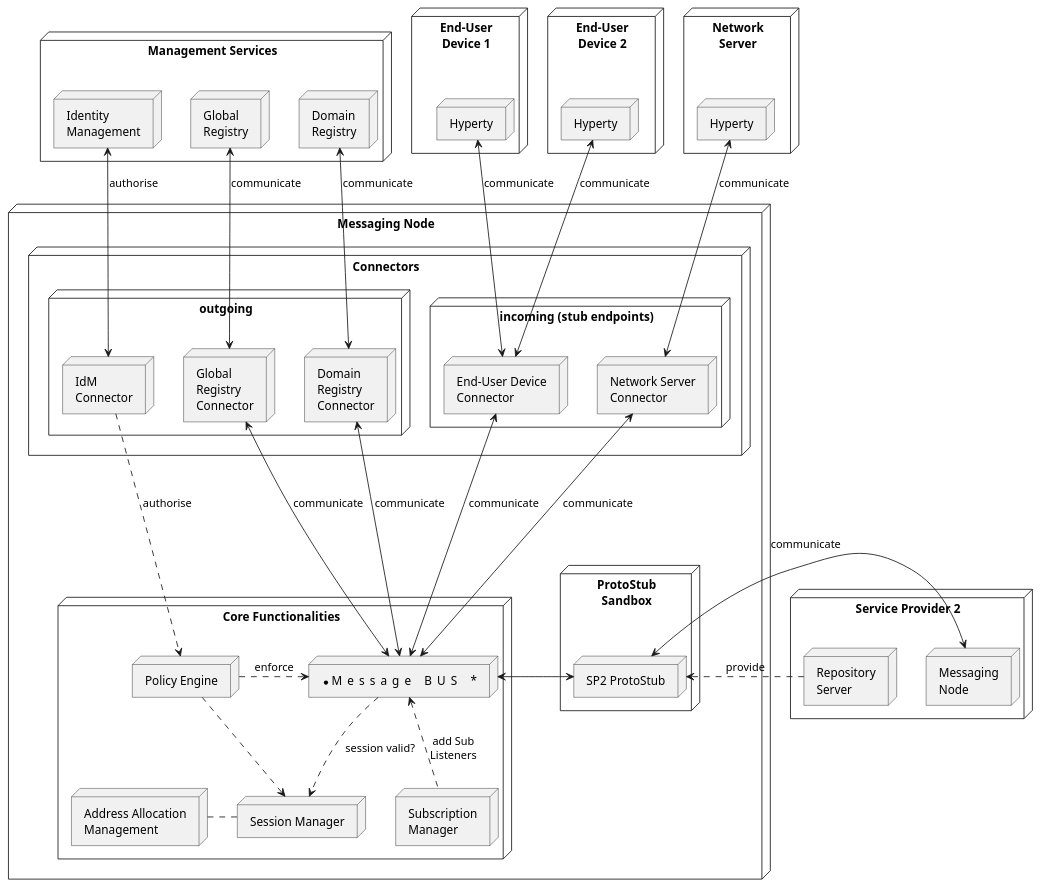
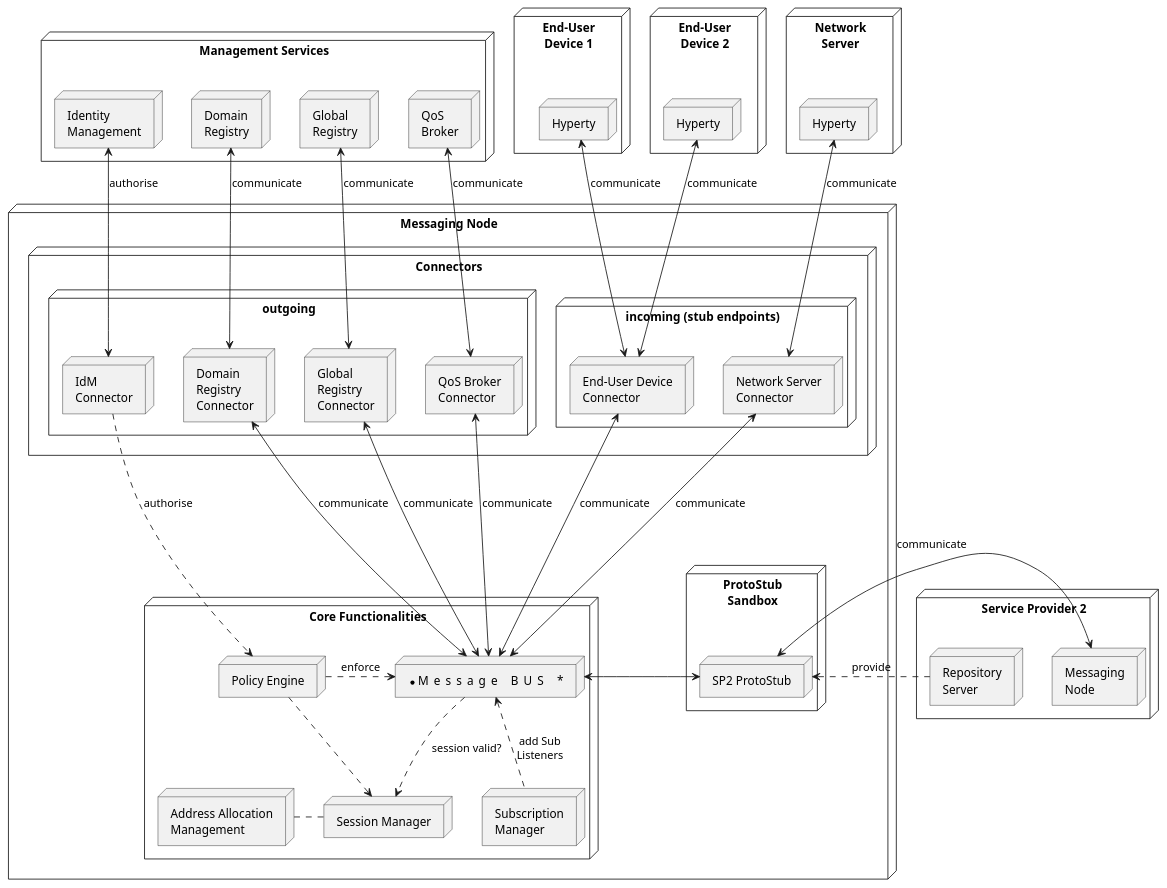
One commit to reTHINK-project/specs changed the diagram in messaging-framework/msg-node-arch.puml. Above: the diagram before and after it, drawn with PlantUML. The commit also changed 14 other files, not shown here.

Commit message:
updates for D3.5 messaging-framework - moved parts of tutorial section to msg-node functional description and design recommendations - added QoS Broker connector to the architecture diagram - updated Stub API section

```diff
--- a/messaging-framework/msg-node-arch.puml
+++ b/messaging-framework/msg-node-arch.puml
@@ -3,96 +3,100 @@
 @startuml "msg-node-architecture.png"
 
 
 node "Management Services" as Man1 {
 	node "Global\nRegistry" as GReg
 	node "Domain\nRegistry" as DomReg
 	node "Identity\nManagement" as IdM1
+	node "QoS\nBroker" as QoS
 }
 
 node "Service Provider 2" as SP2 {
 	node "Messaging\nNode" as Msg2
 	node "Repository\nServer" as Repo2
 }
 
 node "End-User\nDevice 1" as User1 {
 	node "Hyperty" as H1
 }
 
 node "End-User\nDevice 2" as User2 {
 	node "Hyperty" as H2
 }
 
 node "Network\nServer" as Net {
 	node "Hyperty" as H3
 }
 
 node "Messaging Node" as msg {
 
 
  node "ProtoStub\nSandbox" as Proto1Sand {
 
 	 node "SP2 ProtoStub" as Proto1
  }
 
 node "Connectors" as Conn {
 	node "outgoing" as ConnOut {
 		node "IdM\nConnector" as ConnIdM
 		node "Global\nRegistry\nConnector" as ConnGReg
 		node "Domain\nRegistry\nConnector" as ConnDomReg
+		node "QoS Broker\nConnector" as ConnQoS
 	}
 	node "incoming (stub endpoints)" as ConnIn {
 		node "End-User Device\nConnector" as ConnUser
 		node "Network Server\nConnector" as ConnNet
 	}
 }
 
 
 node "Core Functionalities" as core {
 
  node "*            Message      BUS                *" as Bus
 
  node "Policy Engine" as BusPEP
 
  node "Session Manager" as Reg
 
  node "Address Allocation\nManagement" as ID
 
  node "Subscription\nManager" as Sub
 
  }
 
 Repo2 ..down-> Proto1: provide
 
 Msg2 <-left-> Proto1 : communicate
 
  Bus <-right-> Proto1
 
  BusPEP ..right-> Bus : enforce
 
  ConnIdM ..down-> BusPEP : authorise
 
  BusPEP .down-> Reg
 
  Reg .left. ID
 
  Reg <-up. Bus: session valid?
 
  Sub -up.> Bus: add Sub\nListeners
 
  ConnIdM <-up-> IdM1 : authorise
 
  Bus <-up-> ConnUser : communicate
  ConnUser <-up-> H1 : communicate
 
  ConnUser <-up-> H2 : communicate
 
  Bus <-up-> ConnNet : communicate
  ConnNet <-up-> H3 : communicate
 
  Bus <-up-> ConnGReg : communicate
  Bus <-up-> ConnDomReg : communicate
  ConnGReg <-up-> GReg : communicate
  ConnDomReg <-up-> DomReg : communicate
+ ConnQoS <-up-> QoS : communicate
+ Bus <-up-> ConnQoS : communicate
 
 
 @enduml
```
